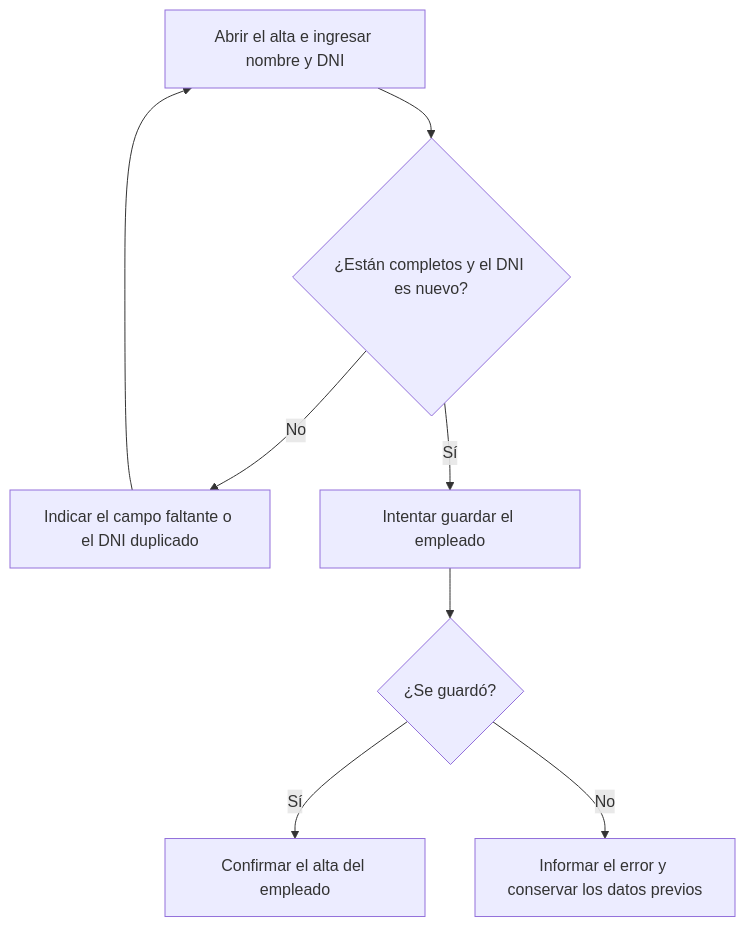
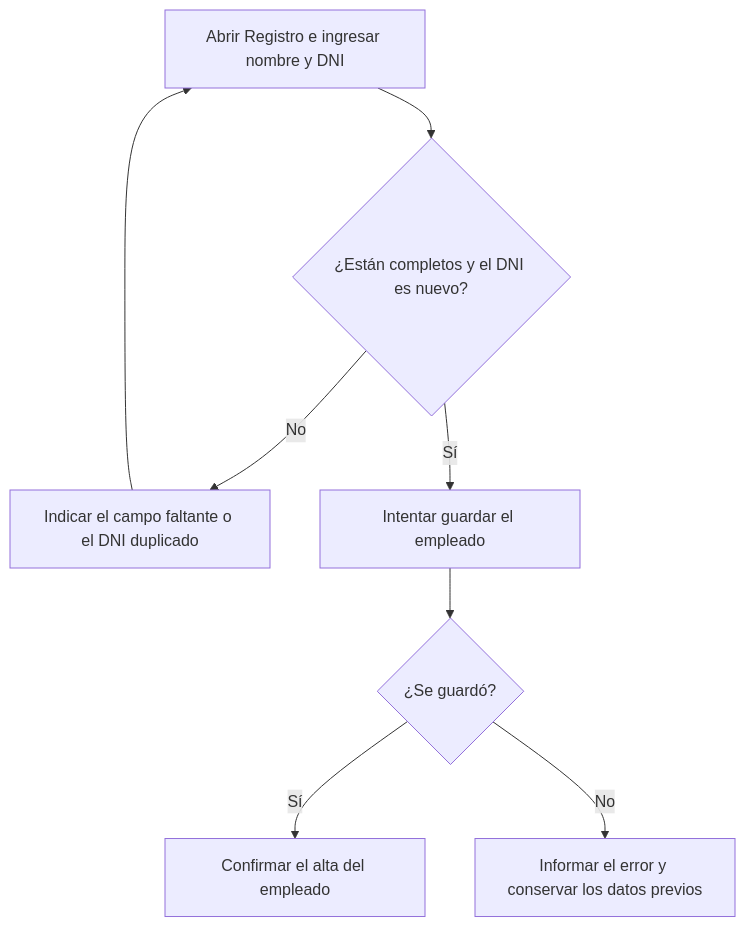
One commit to steveespinoza/Registro-de-Asistencia changed the second of 4 diagrams in docs/06-Arquitectura/Flujos.md. Above: the diagram before and after it, drawn with Mermaid. The commit also changed other lines of this file and 22 other files, not shown here.

````diff
--- a/docs/06-Arquitectura/Flujos.md
+++ b/docs/06-Arquitectura/Flujos.md
@@ -22,10 +24,10 @@
 ```mermaid
 flowchart TD
-    A["Abrir el alta e ingresar nombre y DNI"] --> B{"¿Están completos y el DNI es nuevo?"}
+    A["Abrir Registro e ingresar nombre y DNI"] --> B{"¿Están completos y el DNI es nuevo?"}
     B -->|No| C["Indicar el campo faltante o el DNI duplicado"]
     C --> A
     B -->|Sí| D["Intentar guardar el empleado"]
     D --> E{"¿Se guardó?"}
     E -->|Sí| F["Confirmar el alta del empleado"]
     E -->|No| G["Informar el error y conservar los datos previos"]
 ```
````
